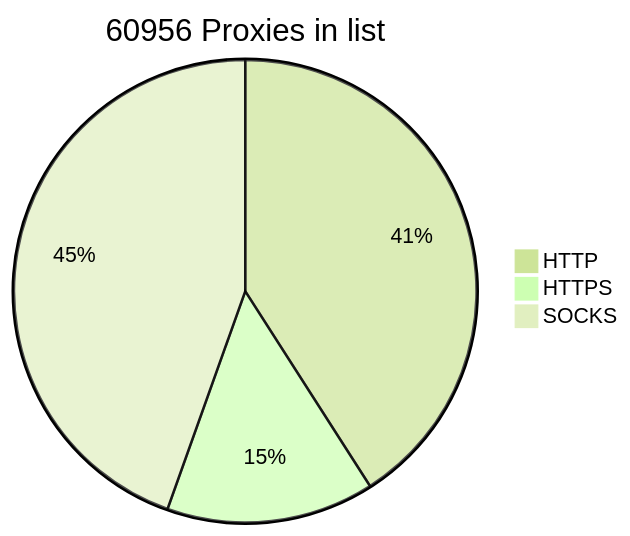
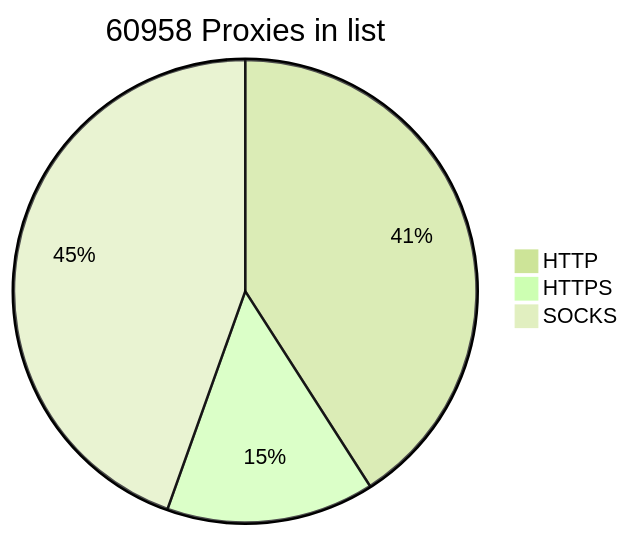
The diagram in README.md (BlackSnowDot/proxylist-update-every-minute), drawn with Mermaid (forest theme) before and after one commit.

````diff
--- a/README.md
+++ b/README.md
@@ -2,6 +2,6 @@
 ```mermaid
-pie title 60956 Proxies in list
+pie title 60958 Proxies in list
     "HTTP" : 28267
-    "HTTPS": 10027
+    "HTTPS": 10028
     "SOCKS" : 30759
 ```
````
